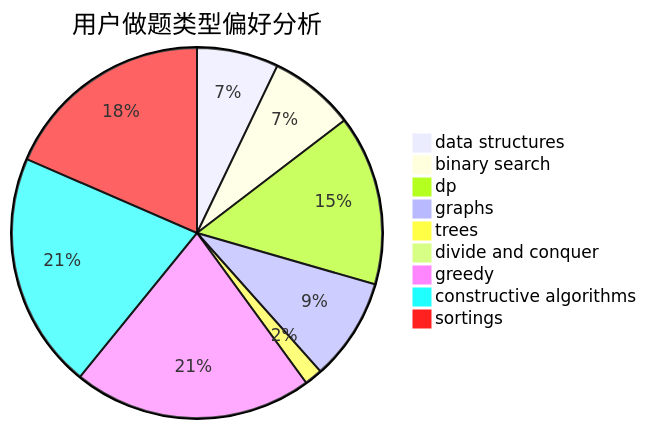
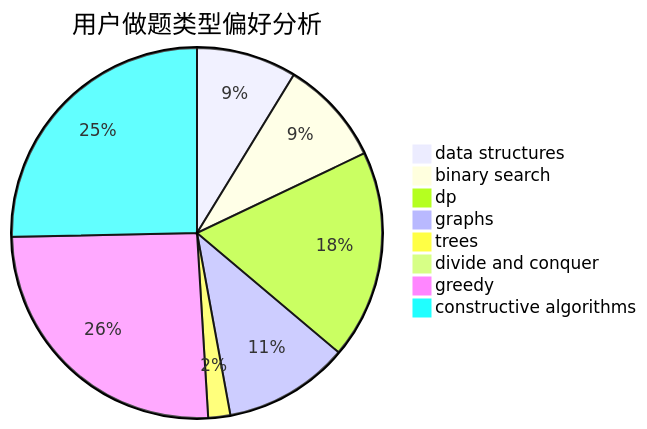
One commit to sherpahu/cfrs.github.io changed the second of 3 diagrams in docs/user/u936.md. Above: the diagram before and after it, drawn with Mermaid. The commit also changed other lines of this file and 2769 other files, not shown here.

````diff
--- a/docs/user/u936.md
+++ b/docs/user/u936.md
@@ -18,12 +18,11 @@
 ```mermaid
 pie title 用户做题类型偏好分析
     "data structures" :  59
     "binary search" :  62
     "dp" :  123
     "graphs" :  74
     "trees" :  13
     "divide and conquer" :  1
     "greedy" :  173
     "constructive algorithms" :  171
-    "sortings" :  153
 ```
````
